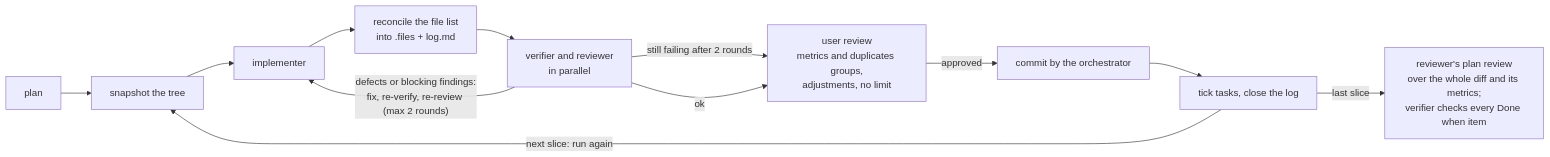
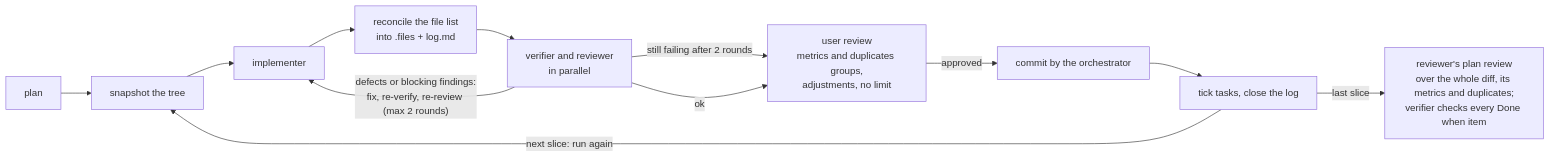
Before and after one commit to felipearpa/belay: the second of 2 diagrams in docs/structure.md, drawn with Mermaid. The commit also changed other lines of this file and 4 other files, not shown here.

````diff
--- a/docs/structure.md
+++ b/docs/structure.md
@@ -128,14 +128,14 @@
 ```mermaid
 flowchart LR
   P["plan"] --> S["snapshot the tree"]
   S --> I["implementer"]
   I --> R["reconcile the file list<br/>into .files + log.md"]
   R --> V["verifier and reviewer<br/>in parallel"]
   V -- "defects or blocking findings:<br/>fix, re-verify, re-review (max 2 rounds)" --> I
   V -- "still failing after 2 rounds" --> UR
   V -- "ok" --> UR["user review<br/>metrics and duplicates groups,<br/>adjustments, no limit"]
   UR -- "approved" --> C["commit by the orchestrator"]
   C --> T["tick tasks, close the log"]
   T -- "next slice: run again" --> S
-  T -- "last slice" --> PR["reviewer's plan review<br/>over the whole diff and its metrics;<br/>verifier checks every Done when item"]
+  T -- "last slice" --> PR["reviewer's plan review<br/>over the whole diff, its metrics and duplicates;<br/>verifier checks every Done when item"]
 ```
````
